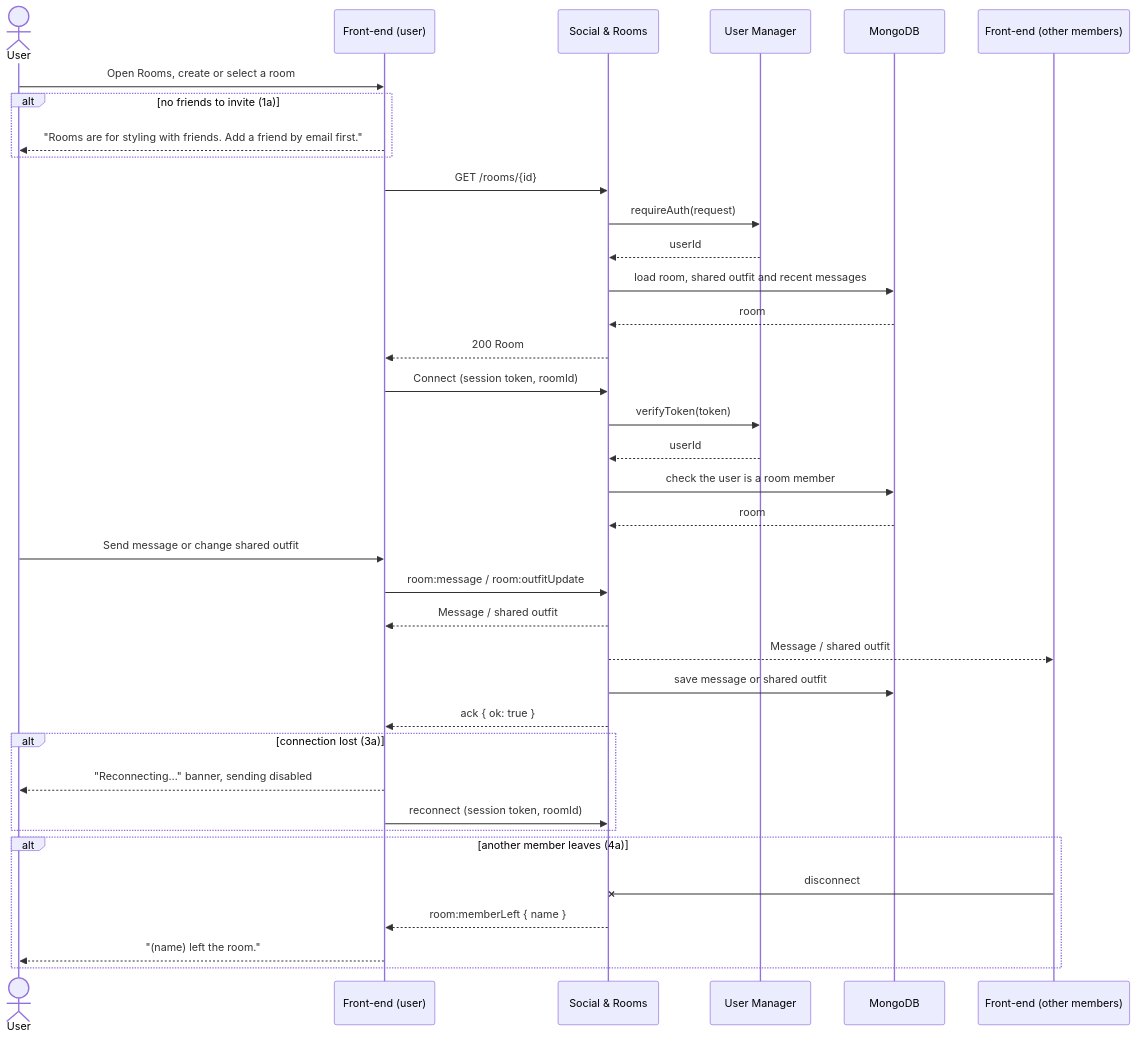
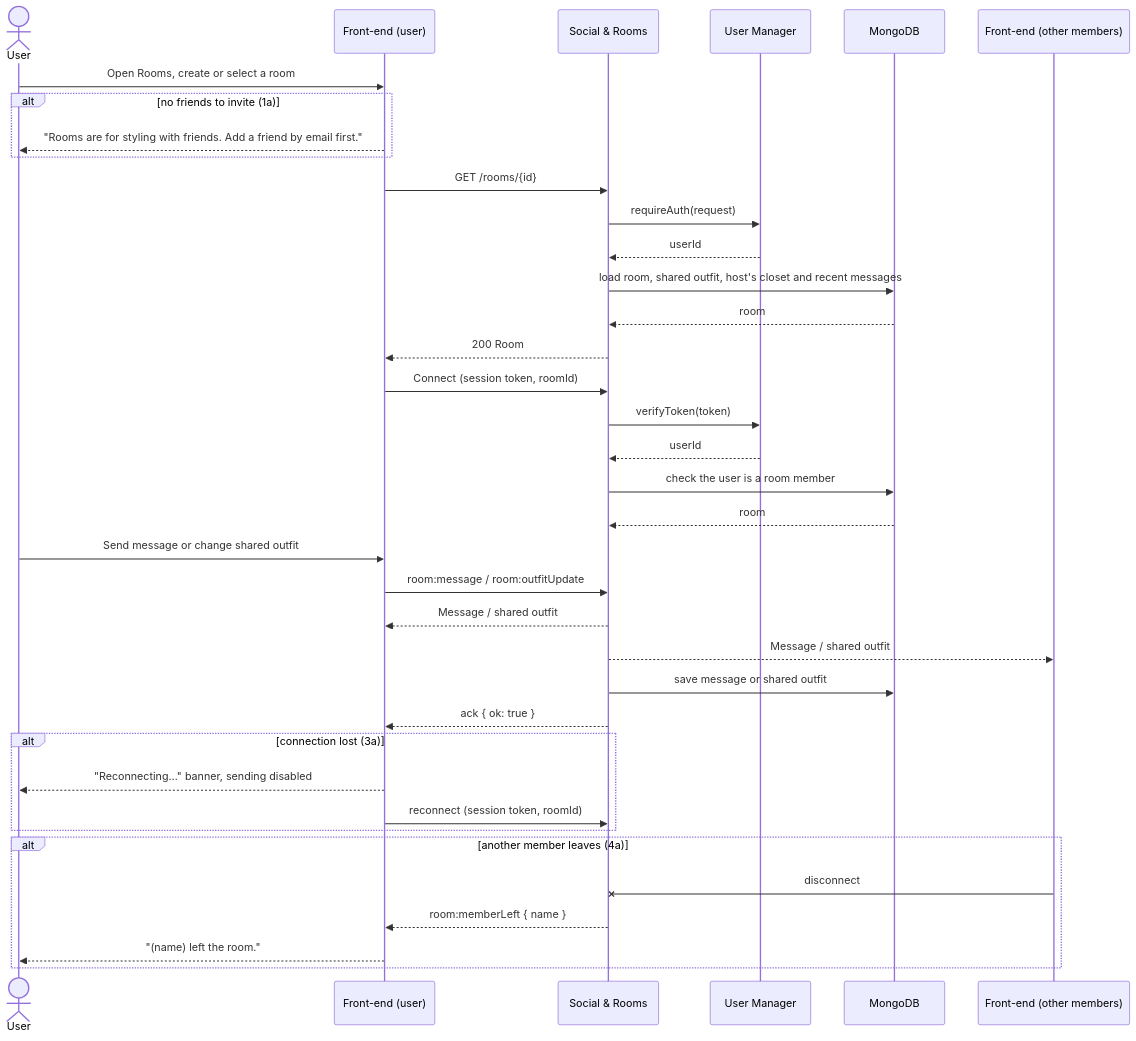
Before and after one commit to evannawfal/fabricate: the third of 5 diagrams in documentation/Requirements_and_Design.md, drawn with Mermaid. The commit also changed other lines of this file, not shown here.

Commit message:
docs: rooms use the host's closet, host-only saving and 2-day expiry

````diff
--- a/documentation/Requirements_and_Design.md
+++ b/documentation/Requirements_and_Design.md
@@ -477,40 +480,40 @@
 ```mermaid
 sequenceDiagram
     actor U as User
     participant FE as Front-end (user)
     participant SO as Social & Rooms
     participant US as User Manager
     participant DB as MongoDB
     participant FE2 as Front-end (other members)
 
     U->>FE: Open Rooms, create or select a room
     alt no friends to invite (1a)
         FE-->>U: "Rooms are for styling with friends. Add a friend by email first."
     end
     FE->>SO: GET /rooms/{id}
     SO->>US: requireAuth(request)
     US-->>SO: userId
-    SO->>DB: load room, shared outfit and recent messages
+    SO->>DB: load room, shared outfit, host's closet and recent messages
     DB-->>SO: room
     SO-->>FE: 200 Room
     FE->>SO: Connect (session token, roomId)
     SO->>US: verifyToken(token)
     US-->>SO: userId
     SO->>DB: check the user is a room member
     DB-->>SO: room
     U->>FE: Send message or change shared outfit
     FE->>SO: room:message / room:outfitUpdate
     SO-->>FE: Message / shared outfit
     SO-->>FE2: Message / shared outfit
     SO->>DB: save message or shared outfit
     SO-->>FE: ack { ok: true }
     alt connection lost (3a)
         FE-->>U: "Reconnecting…" banner, sending disabled
         FE->>SO: reconnect (session token, roomId)
     end
     alt another member leaves (4a)
         FE2-xSO: disconnect
         SO-->>FE: room:memberLeft { name }
         FE-->>U: "(name) left the room."
     end
 ```
````
